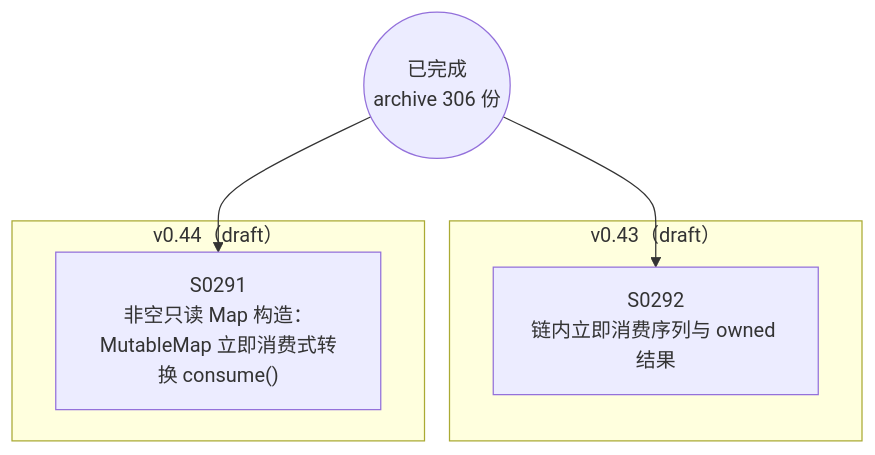
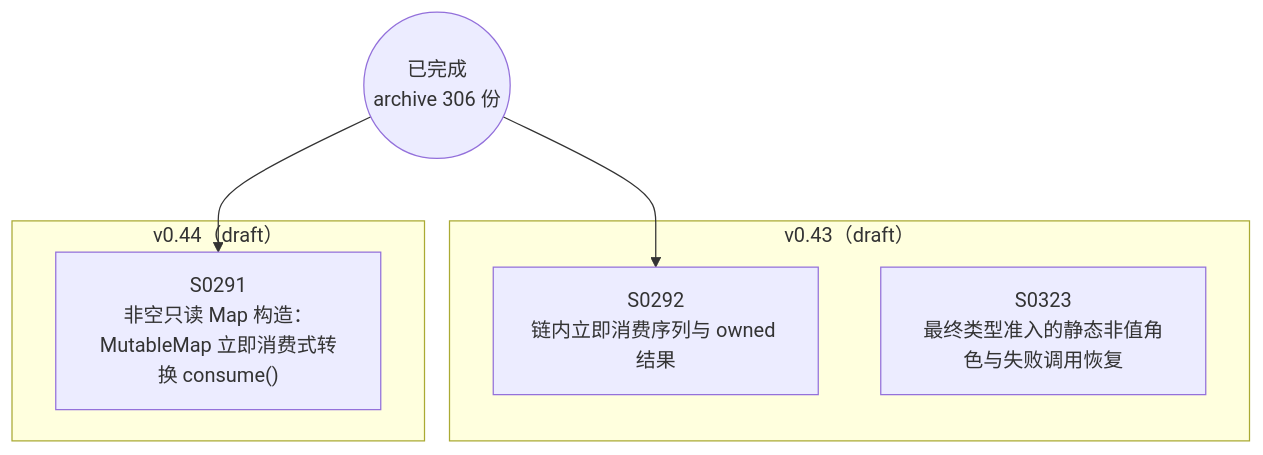
Before and after one commit to Halckon/Koven: the diagram in docs/specs/dependency-graph.md, drawn with Mermaid. The commit also changed other lines of this file and 12 other files, not shown here.

````diff
--- a/docs/specs/dependency-graph.md
+++ b/docs/specs/dependency-graph.md
@@ -9,12 +9,13 @@
 ```mermaid
 flowchart TD
 ARCH(("已完成<br/>archive 306 份"))
 subgraph Gdrafts_v043["v0.43（draft）"]
   S0292["S0292<br/>链内立即消费序列与 owned 结果"]
+  S0323["S0323<br/>最终类型准入的静态非值角色与失败调用恢复"]
 end
 subgraph Gdrafts_v044["v0.44（draft）"]
   S0291["S0291<br/>非空只读 Map 构造：MutableMap 立即消费式转换 consume()"]
 end
 ARCH --> S0291
 ARCH --> S0292
 ```
````
